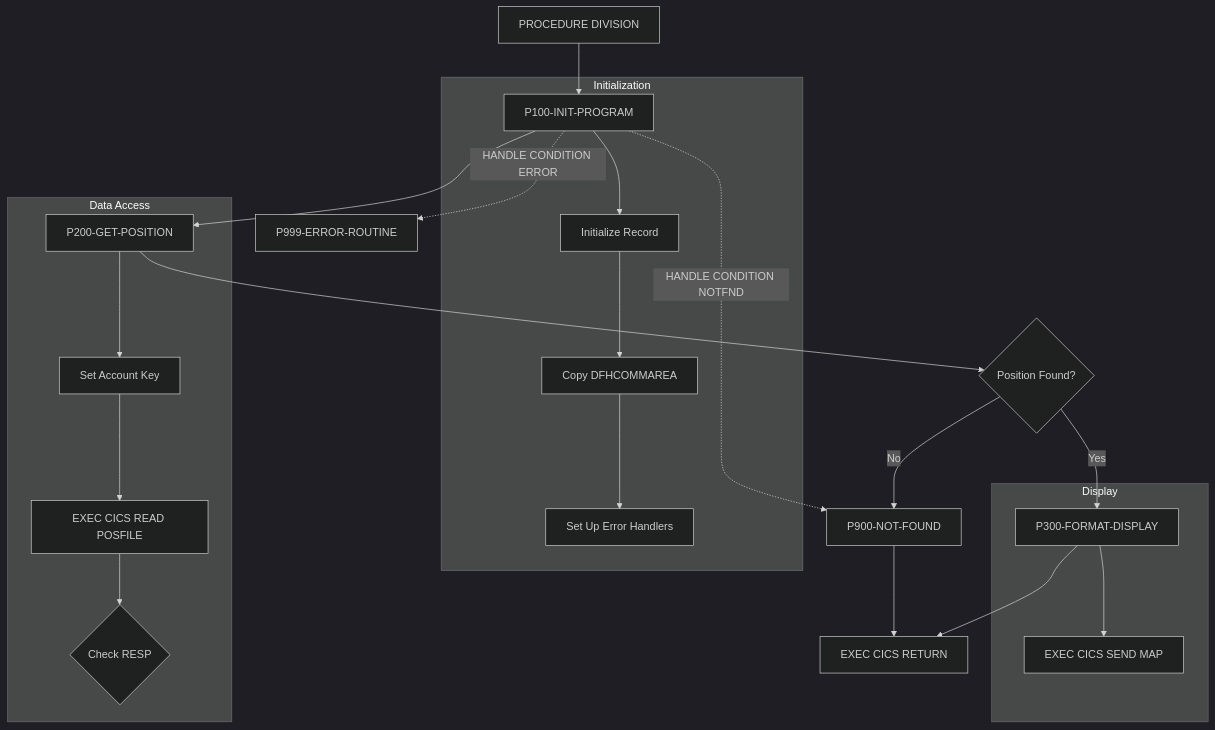
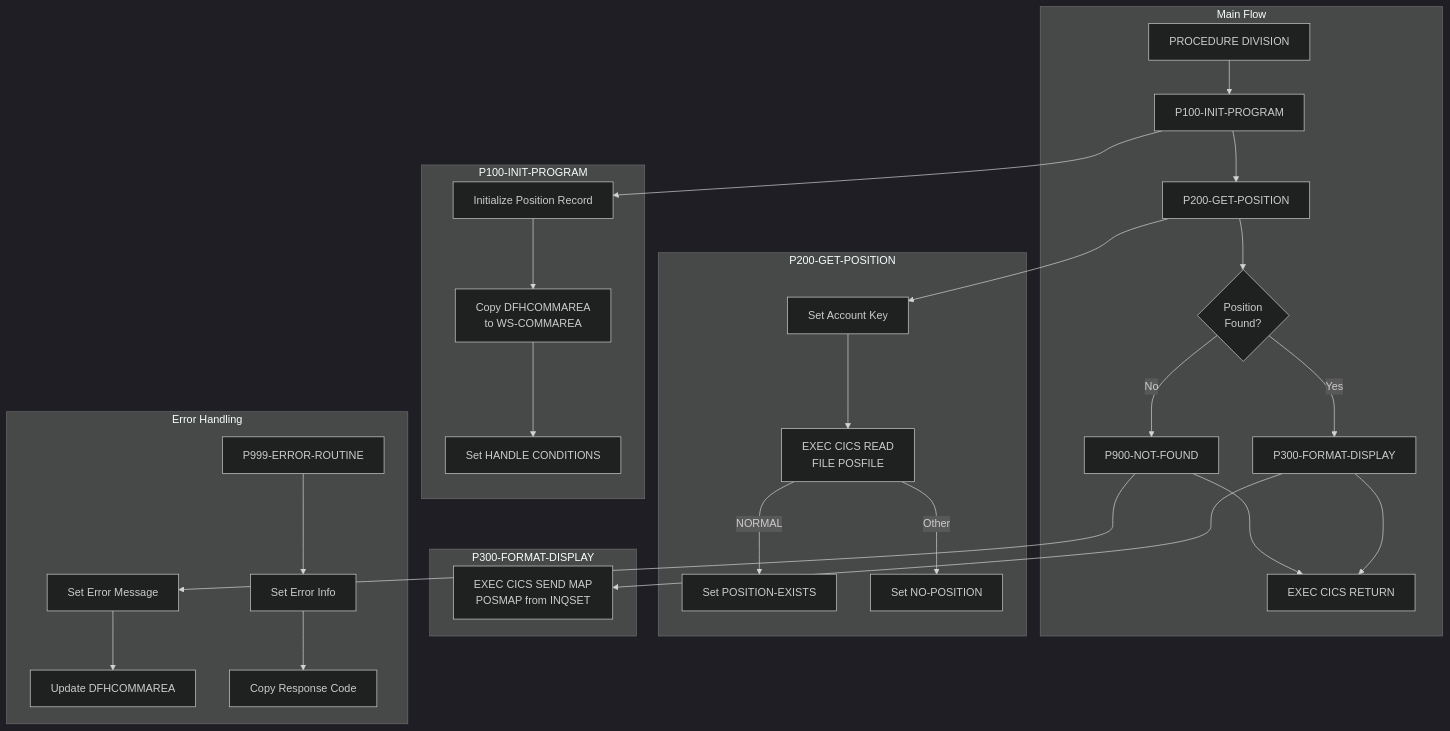
Before and after one commit to haladir-com/legacy-benchmark-docs-vb70e1: the diagram in docs/programs/INQPORT.mdx, drawn with Mermaid (dark theme). The commit also changed other lines of this file and 64 other files, not shown here.

````diff
--- a/docs/programs/INQPORT.mdx
+++ b/docs/programs/INQPORT.mdx
@@ -19,29 +20,36 @@
 ```mermaid
 graph TD
-    A[PROCEDURE DIVISION] --> B[P100-INIT-PROGRAM]
-    B --> C[P200-GET-POSITION]
-    C --> D{Position Found?}
-    D -->|Yes| E[P300-FORMAT-DISPLAY]
-    D -->|No| F[P900-NOT-FOUND]
-    E --> G[EXEC CICS RETURN]
-    F --> G
-    
-    B -.->|HANDLE CONDITION ERROR| H[P999-ERROR-ROUTINE]
-    B -.->|HANDLE CONDITION NOTFND| F
-    
-    subgraph "Initialization"
-        B --> B1[Initialize Record]
-        B1 --> B2[Copy DFHCOMMAREA]
-        B2 --> B3[Set Up Error Handlers]
+    subgraph "Main Flow"
+        MAIN[PROCEDURE DIVISION] --> P100[P100-INIT-PROGRAM]
+        P100 --> P200[P200-GET-POSITION]
+        P200 --> CHK{Position<br/>Found?}
+        CHK --> |Yes| P300[P300-FORMAT-DISPLAY]
+        CHK --> |No| P900[P900-NOT-FOUND]
+        P300 --> RET[EXEC CICS RETURN]
+        P900 --> RET
     end
     
-    subgraph "Data Access"
-        C --> C1[Set Account Key]
-        C1 --> C2[EXEC CICS READ POSFILE]
-        C2 --> C3{Check RESP}
+    subgraph "P100-INIT-PROGRAM"
+        P100 --> INIT1[Initialize Position Record]
+        INIT1 --> INIT2[Copy DFHCOMMAREA<br/>to WS-COMMAREA]
+        INIT2 --> INIT3[Set HANDLE CONDITIONS]
     end
     
-    subgraph "Display"
-        E --> E1[EXEC CICS SEND MAP]
+    subgraph "P200-GET-POSITION"
+        P200 --> KEY[Set Account Key]
+        KEY --> READ[EXEC CICS READ<br/>FILE POSFILE]
+        READ --> |NORMAL| FOUND[Set POSITION-EXISTS]
+        READ --> |Other| NFND[Set NO-POSITION]
+    end
+    
+    subgraph "P300-FORMAT-DISPLAY"
+        P300 --> SEND[EXEC CICS SEND MAP<br/>POSMAP from INQSET]
+    end
+    
+    subgraph "Error Handling"
+        P900 --> ERR1[Set Error Message]
+        ERR1 --> ERR2[Update DFHCOMMAREA]
+        P999[P999-ERROR-ROUTINE] --> ERR3[Set Error Info]
+        ERR3 --> ERR4[Copy Response Code]
     end
 ```
````
